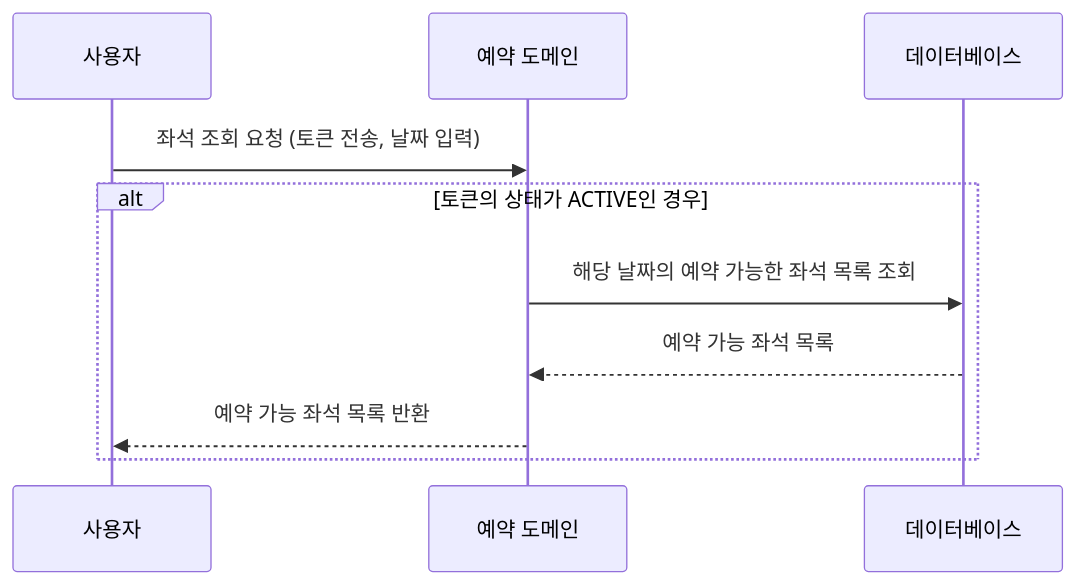
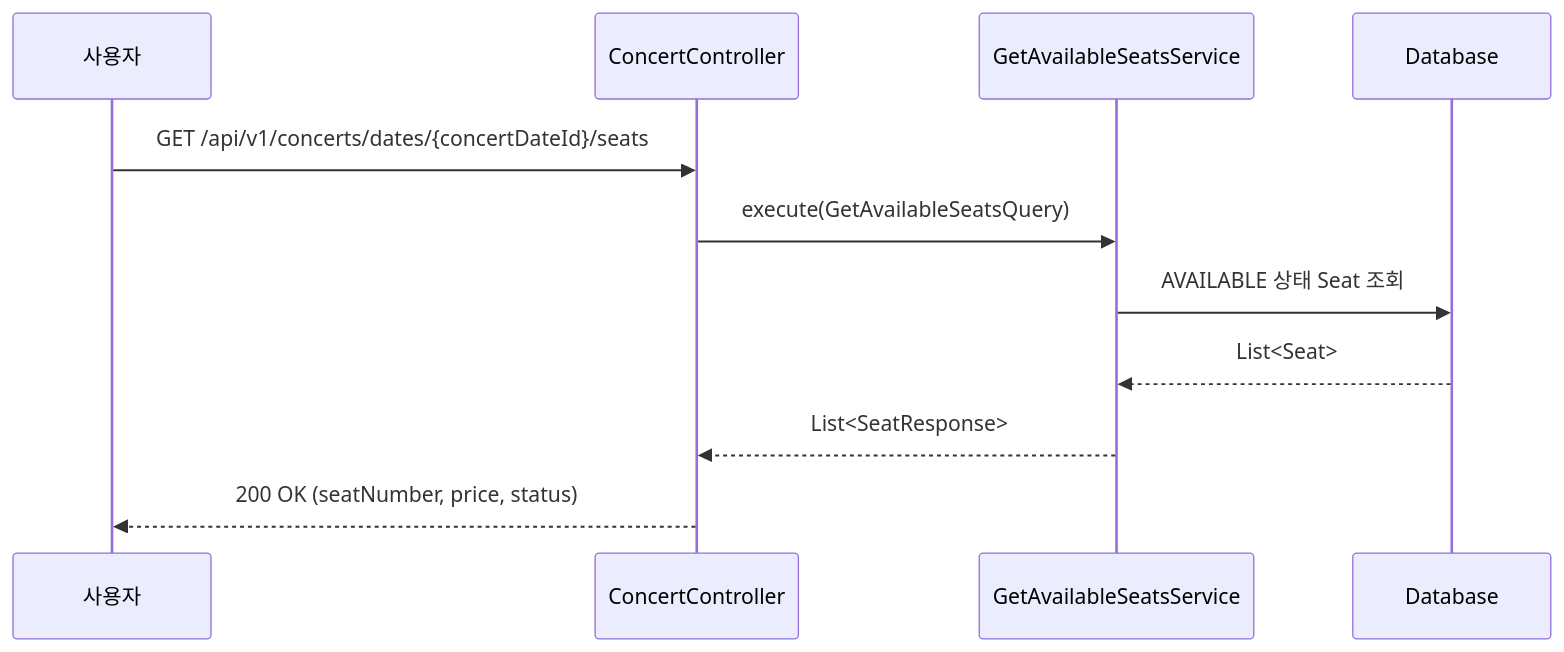
Before and after one commit to jhwon91/concert-reservation-system: the fifth of 10 diagrams in docs/02_SequenceDiagram.md, drawn with Mermaid. The commit also changed other lines of this file and 4 other files, not shown here.

````diff
--- a/docs/02_SequenceDiagram.md
+++ b/docs/02_SequenceDiagram.md
@@ -94,14 +116,14 @@
 ```mermaid
 sequenceDiagram
+    participant Client as 사용자
+    participant Controller as ConcertController
+    participant Service as GetAvailableSeatsService
+    participant DB as Database
 
-    participant Client as 사용자
-    participant ReservationDomain as 예약 도메인
-    participant Database as 데이터베이스
-
-    Client->>ReservationDomain: 좌석 조회 요청 (토큰 전송, 날짜 입력)
-    alt 토큰의 상태가 ACTIVE인 경우
-        ReservationDomain->>Database: 해당 날짜의 예약 가능한 좌석 목록 조회
-        Database-->>ReservationDomain: 예약 가능 좌석 목록
-        ReservationDomain-->>Client: 예약 가능 좌석 목록 반환
-    end
+    Client->>Controller: GET /api/v1/concerts/dates/{concertDateId}/seats
+    Controller->>Service: execute(GetAvailableSeatsQuery)
+    Service->>DB: AVAILABLE 상태 Seat 조회
+    DB-->>Service: List<Seat>
+    Service-->>Controller: List<SeatResponse>
+    Controller-->>Client: 200 OK (seatNumber, price, status)
 ```
````
